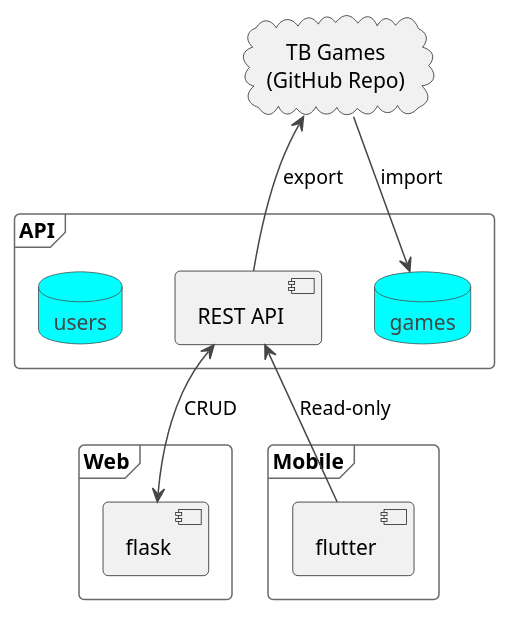
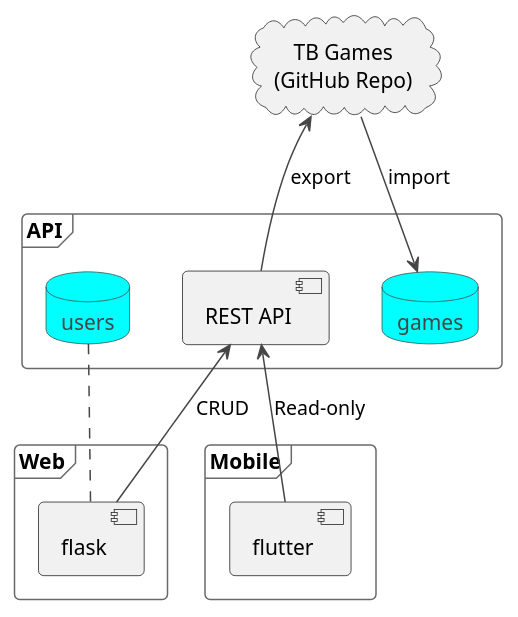
One commit to aleleio/aleleio-api changed the diagram in docs/aleleio-components.puml. Above: the diagram before and after it, drawn with PlantUML.

Commit message:
update component diagram

```diff
--- a/docs/aleleio-components.puml
+++ b/docs/aleleio-components.puml
@@ -1,28 +1,29 @@
 @startuml
 'https://plantuml.com/component-diagram
 skinparam defaultTextAlignment center
 !theme vibrant
 
 frame "API" {
     [REST API]
     database games
     database users
 }
 
 frame "Web" {
     [flask]
 }
-[flask] <-up-> [REST API]: "CRUD"
+[flask] -up-> [REST API]: "CRUD"
+[flask] .up. [users]
 
 frame "Mobile" {
     [flutter] -up-> [REST API]: "Read-only"
 }
 
 cloud "TB Games\n(GitHub Repo)" as Repo {
 }
 
 Repo <-- [REST API] : "export"
 Repo --> games : "import"
 
 
 @enduml
```
